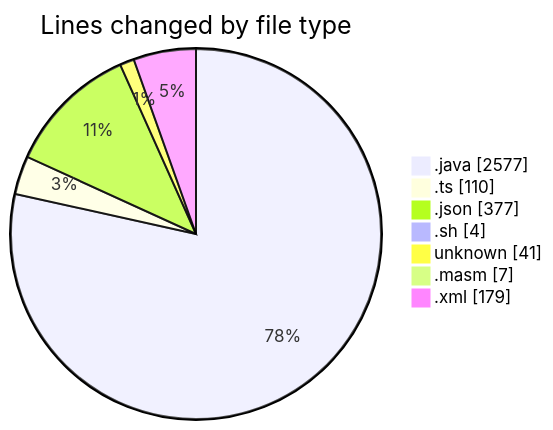
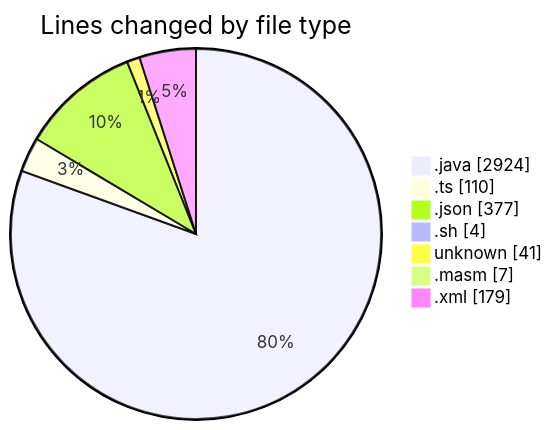
Before and after one commit to charlie-sans/code-tracking: the first of 2 diagrams in 2025-02-20/micros/README.md, drawn with Mermaid. The commit also changed other lines of this file and 1 other file, not shown here.

````diff
--- a/2025-02-20/micros/README.md
+++ b/2025-02-20/micros/README.md
@@ -38,11 +38,11 @@
 ```mermaid
 pie showData
 title Lines changed by file type
-".java" : 2577
+".java" : 2924
 ".ts" : 110
 ".json" : 377
 ".sh" : 4
 "unknown" : 41
 ".masm" : 7
 ".xml" : 179
 ```
````
